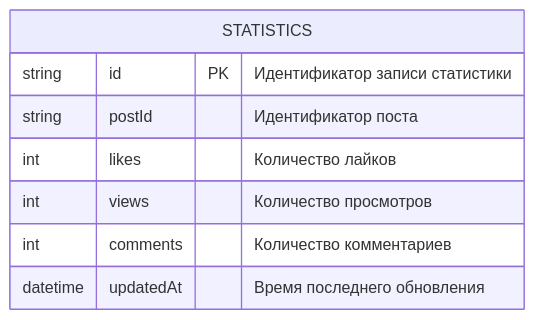
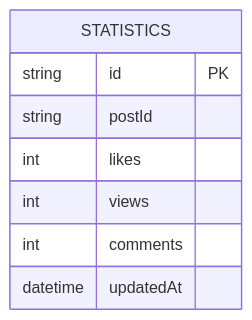
The diagram in docs/statistics_service_er.mmd (NikKozlovtsev/Nikita_Kozlovtsev_DSBA_222_COA), drawn with Mermaid before and after one commit.

```diff
--- a/docs/statistics_service_er.mmd
+++ b/docs/statistics_service_er.mmd
@@ -1,9 +1,9 @@
 erDiagram
     STATISTICS {
-      string id PK "Идентификатор записи статистики"
-      string postId "Идентификатор поста"
-      int likes "Количество лайков"
-      int views "Количество просмотров"
-      int comments "Количество комментариев"
-      datetime updatedAt "Время последнего обновления"
+      string id PK 
+      string postId 
+      int likes
+      int views 
+      int comments 
+      datetime updatedAt 
     }
```
